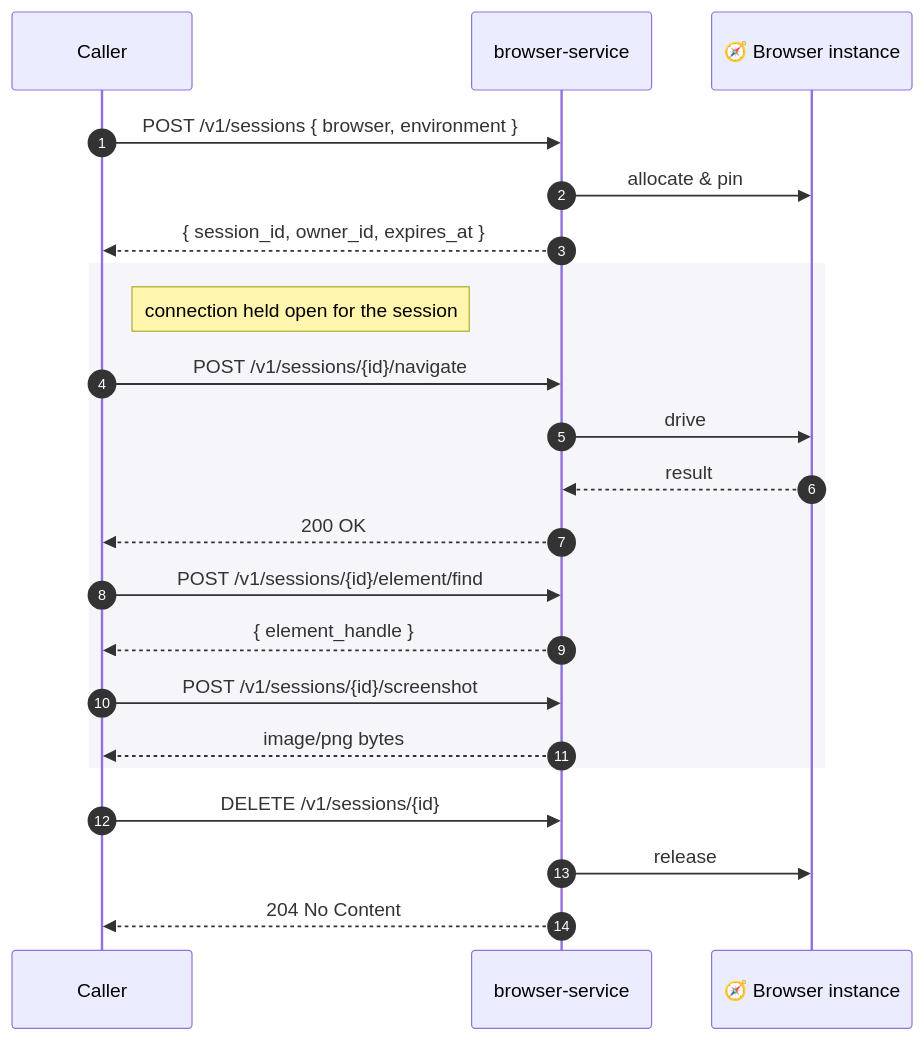
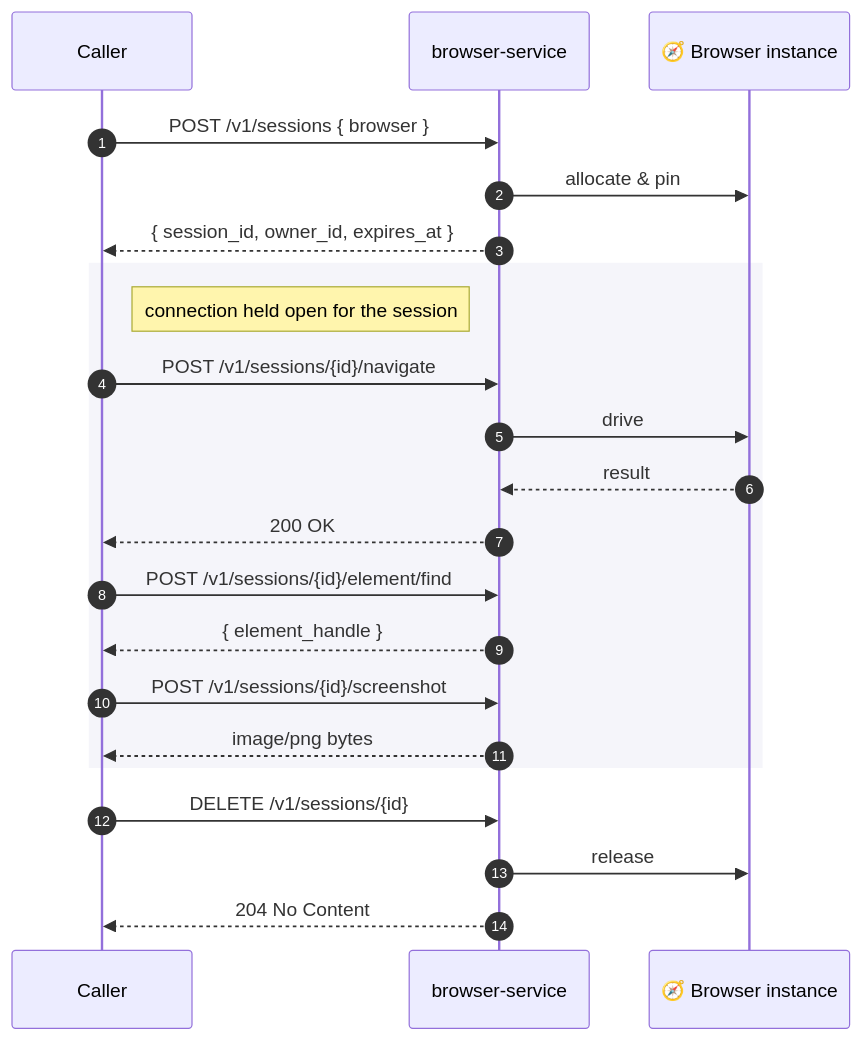
One commit to brandonkindred/browser-service changed the first of 2 diagrams in README.md. Above: the diagram before and after it, drawn with Mermaid. The commit also changed other lines of this file and 41 other files, not shown here.

````diff
--- a/README.md
+++ b/README.md
@@ -66,27 +66,27 @@
 ```mermaid
 sequenceDiagram
     autonumber
     participant Caller
     participant browser-service
     participant Browser as 🧭 Browser instance
 
-    Caller->>browser-service: POST /v1/sessions { browser, environment }
+    Caller->>browser-service: POST /v1/sessions { browser }
     browser-service->>Browser: allocate & pin
     browser-service-->>Caller: { session_id, owner_id, expires_at }
 
     rect rgb(245, 245, 250)
     note right of Caller: connection held open for the session
     Caller->>browser-service: POST /v1/sessions/{id}/navigate
     browser-service->>Browser: drive
     Browser-->>browser-service: result
     browser-service-->>Caller: 200 OK
     Caller->>browser-service: POST /v1/sessions/{id}/element/find
     browser-service-->>Caller: { element_handle }
     Caller->>browser-service: POST /v1/sessions/{id}/screenshot
     browser-service-->>Caller: image/png bytes
     end
 
     Caller->>browser-service: DELETE /v1/sessions/{id}
     browser-service->>Browser: release
     browser-service-->>Caller: 204 No Content
 ```
````
